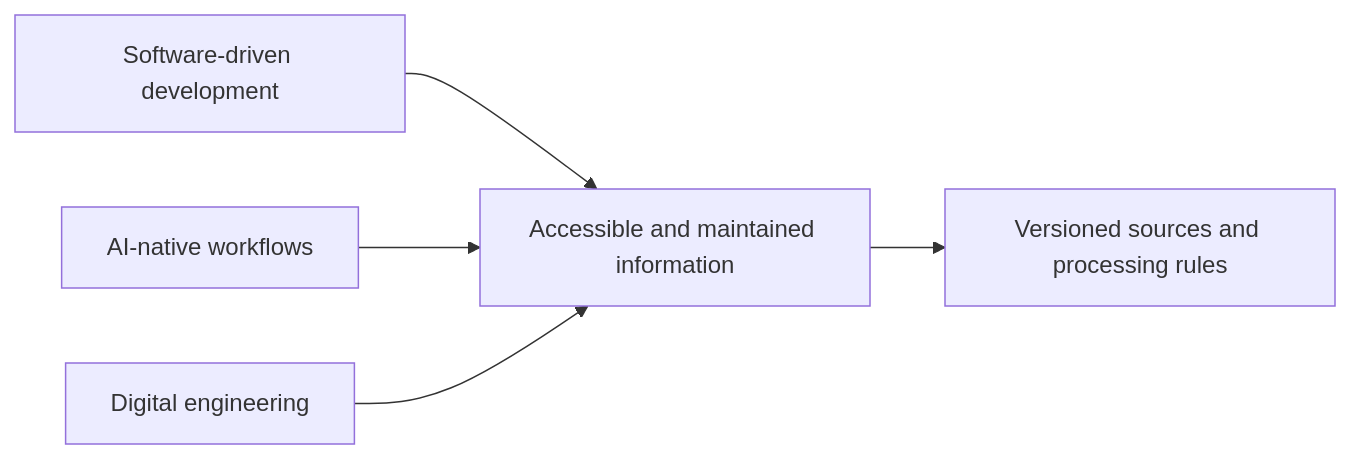
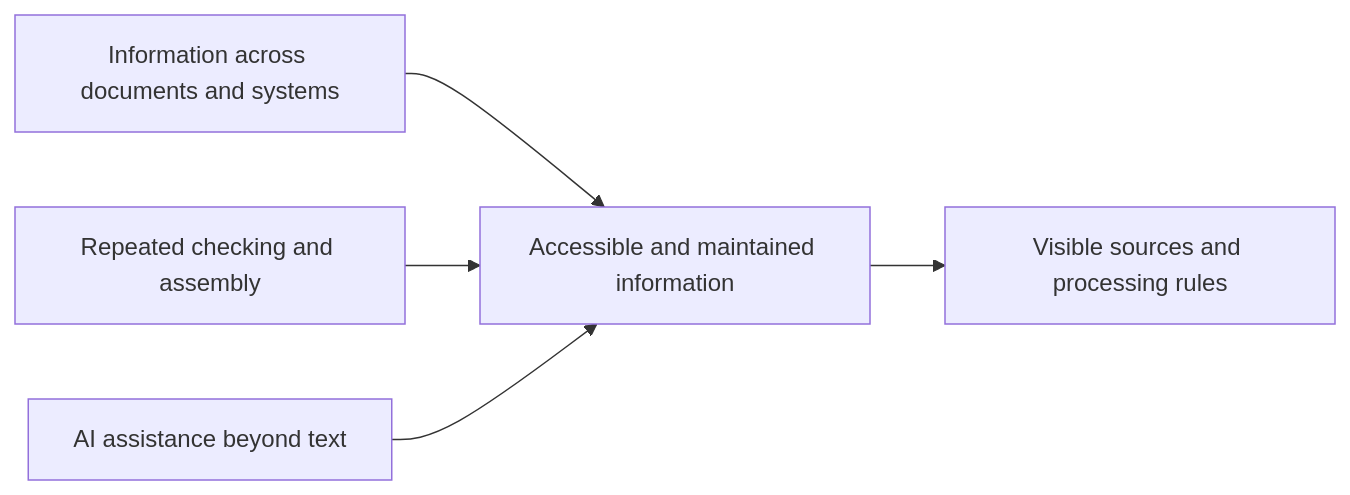
Before and after one commit to And-Gu/document-as-code-lab: the first of 2 diagrams in docs/01-introduction.md, drawn with Mermaid. The commit also changed other lines of this file and 22 other files, not shown here.

````diff
--- a/docs/01-introduction.md
+++ b/docs/01-introduction.md
@@ -45,7 +43,7 @@
 ```mermaid
 flowchart LR
- S[Software-driven development] --> N[Accessible and maintained information]
- A[AI-native workflows] --> N
- D[Digital engineering] --> N
- N --> R[Versioned sources and processing rules]
+ S[Information across documents and systems] --> N[Accessible and maintained information]
+ A[Repeated checking and assembly] --> N
+ D[AI assistance beyond text] --> N
+ N --> R[Visible sources and processing rules]
 ```
````
